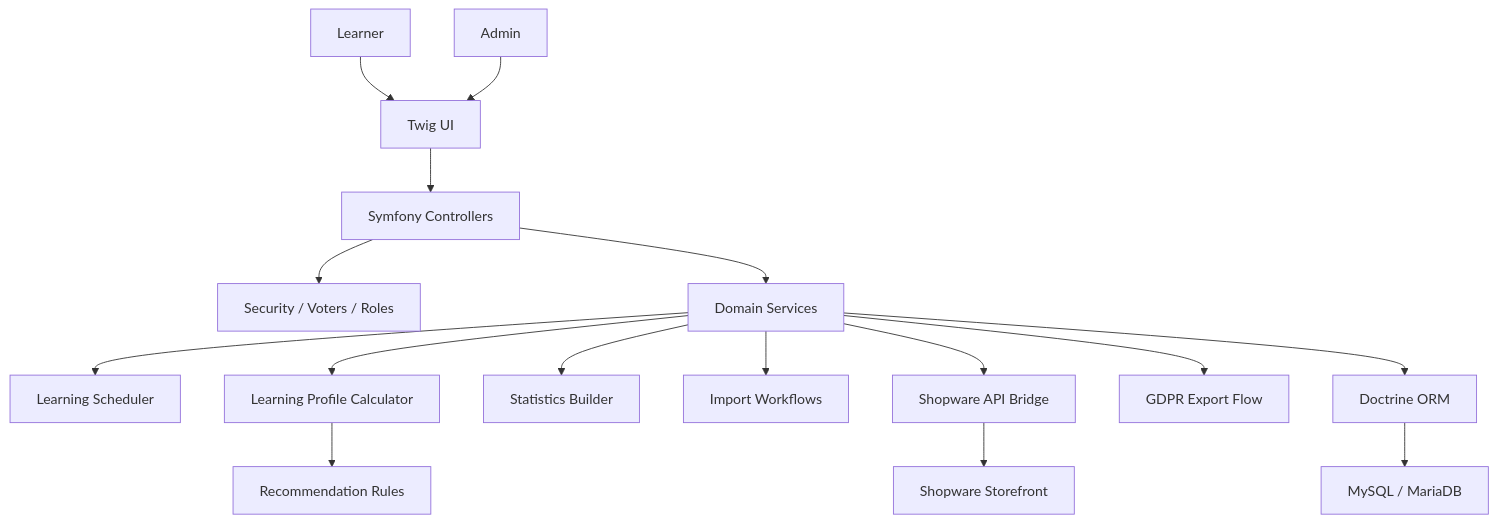
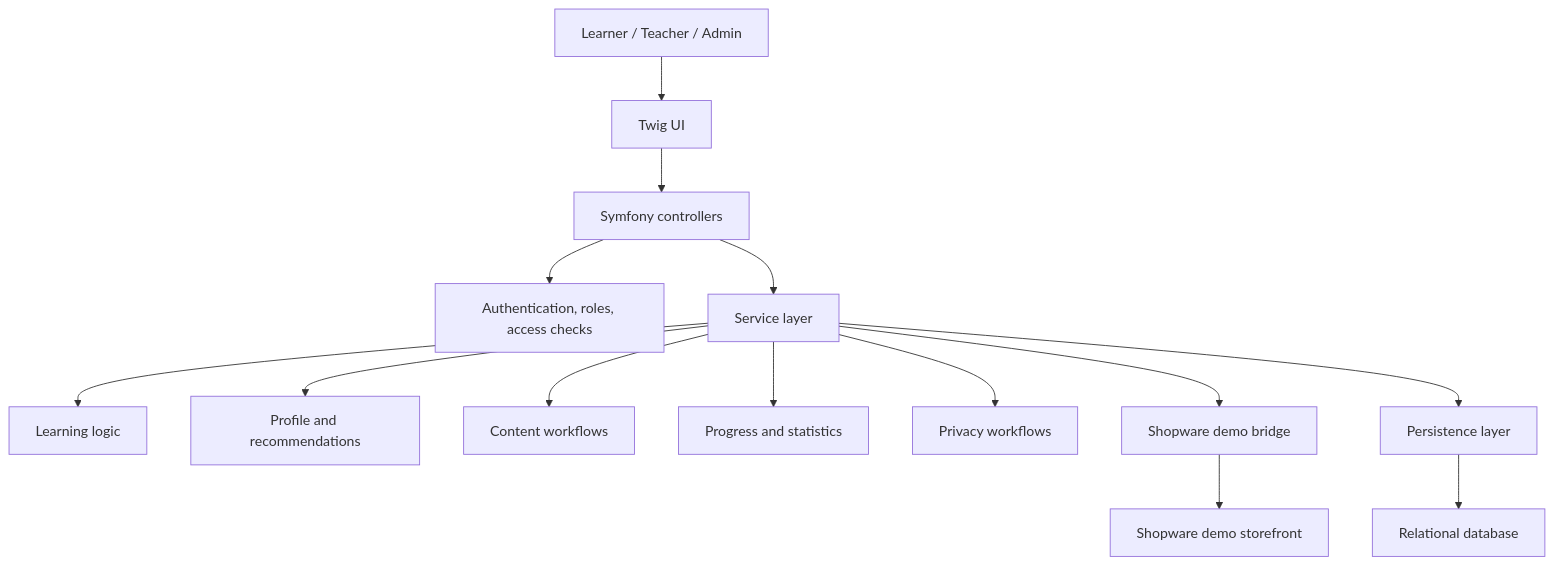
Before and after one commit to roadynet/skillbuilder-showcase: the second of 3 diagrams in docs/architecture.md, drawn with Mermaid. The commit also changed other lines of this file and 2 other files, not shown here.

Commit message:
Publish abstract architecture diagrams

````diff
--- a/docs/architecture.md
+++ b/docs/architecture.md
@@ -5,18 +30,18 @@
 ```mermaid
 flowchart TD
-    User["Learner"] --> UI["Twig UI"]
-    Admin["Admin"] --> UI
-    UI --> Controller["Symfony Controllers"]
-    Controller --> Security["Security / Voters / Roles"]
-    Controller --> Services["Domain Services"]
-    Services --> Scheduler["Learning Scheduler"]
-    Services --> Profile["Learning Profile Calculator"]
-    Profile --> Recommendations["Recommendation Rules"]
-    Services --> Stats["Statistics Builder"]
-    Services --> Imports["Import Workflows"]
-    Services --> Shopware["Shopware API Bridge"]
-    Services --> GDPR["GDPR Export Flow"]
-    Services --> Doctrine["Doctrine ORM"]
-    Shopware --> Storefront["Shopware Storefront"]
-    Doctrine --> DB["MySQL / MariaDB"]
+    User["Learner / Teacher / Admin"] --> UI["Twig UI"]
+    UI --> Controllers["Symfony controllers"]
+    Controllers --> Security["Authentication, roles, access checks"]
+    Controllers --> Services["Service layer"]
+
+    Services --> Learning["Learning logic"]
+    Services --> Profile["Profile and recommendations"]
+    Services --> Content["Content workflows"]
+    Services --> Reporting["Progress and statistics"]
+    Services --> Privacy["Privacy workflows"]
+    Services --> Commerce["Shopware demo bridge"]
+    Services --> Persistence["Persistence layer"]
+
+    Commerce --> Storefront["Shopware demo storefront"]
+    Persistence --> Database["Relational database"]
 ```
````
